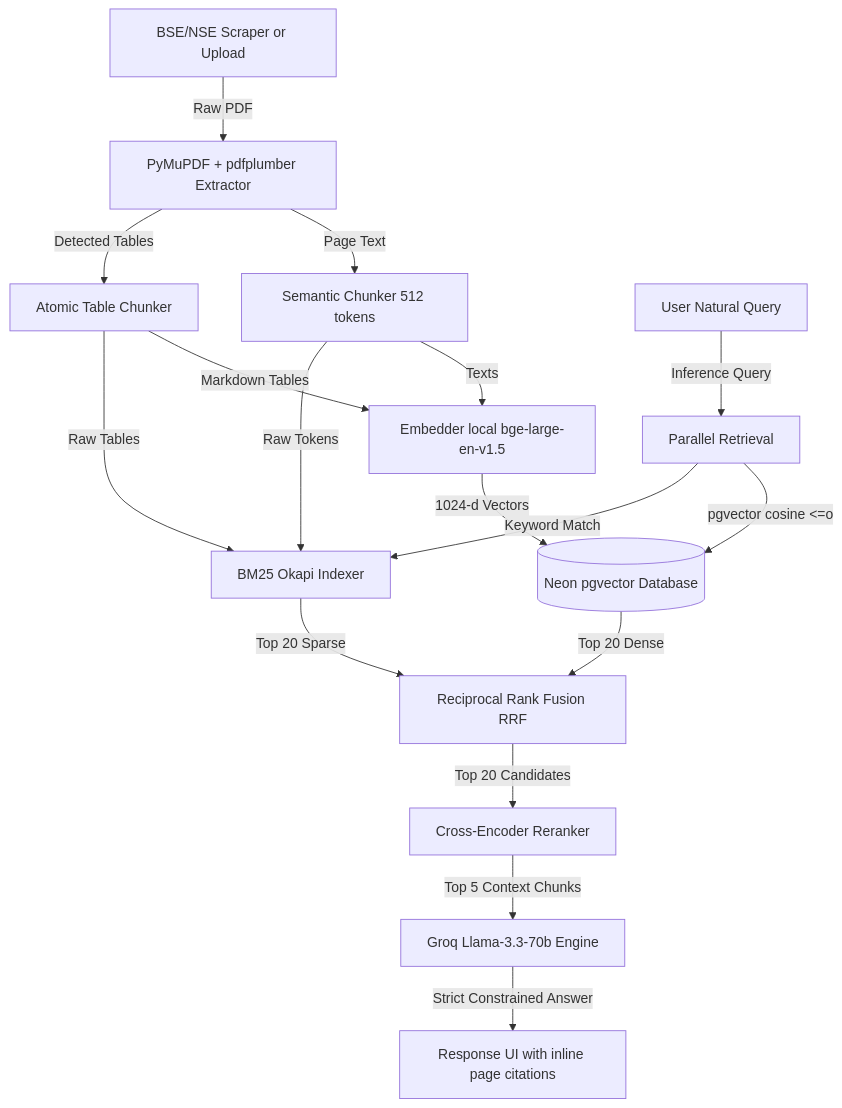
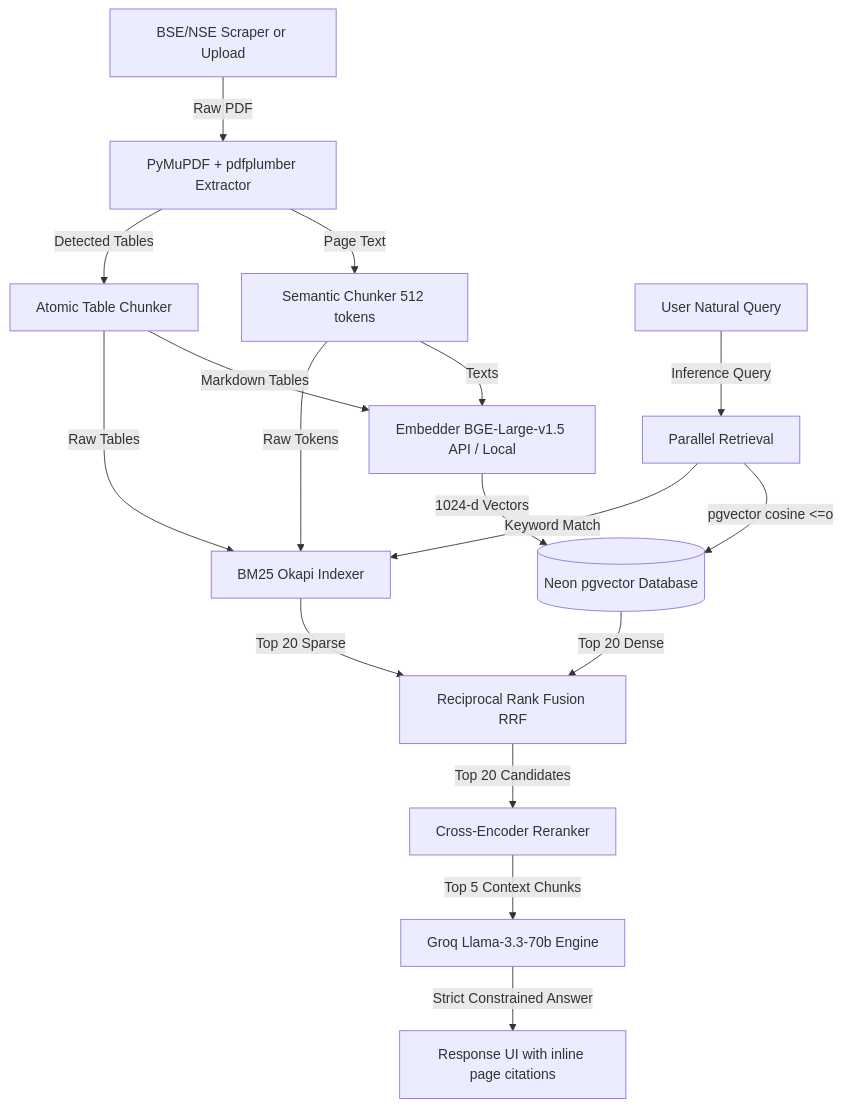
Before and after one commit to ButterBisket26/UpperCircuitAI: the diagram in README.md, drawn with Mermaid. The commit also changed other lines of this file, not shown here.

Commit message:
Update README.md with comprehensive tech stack, architecture, and deployment guide

````diff
--- a/README.md
+++ b/README.md
@@ -18,20 +20,20 @@
 ```mermaid
 graph TD
     A[BSE/NSE Scraper or Upload] -->|Raw PDF| B[PyMuPDF + pdfplumber Extractor]
     B -->|Page Text| C[Semantic Chunker 512 tokens]
     B -->|Detected Tables| D[Atomic Table Chunker]
-    C -->|Texts| E[Embedder local bge-large-en-v1.5]
+    C -->|Texts| E[Embedder BGE-Large-v1.5 API / Local]
     D -->|Markdown Tables| E
     E -->|1024-d Vectors| F[(Neon pgvector Database)]
     C -->|Raw Tokens| G[BM25 Okapi Indexer]
     D -->|Raw Tables| G
     
     H[User Natural Query] -->|Inference Query| I[Parallel Retrieval]
     I -->|pgvector cosine <=o| F
     I -->|Keyword Match| G
     F -->|Top 20 Dense| J[Reciprocal Rank Fusion RRF]
     G -->|Top 20 Sparse| J
     J -->|Top 20 Candidates| K[Cross-Encoder Reranker]
     K -->|Top 5 Context Chunks| L[Groq Llama-3.3-70b Engine]
     L -->|Strict Constrained Answer| M[Response UI with inline page citations]
 ```
````
